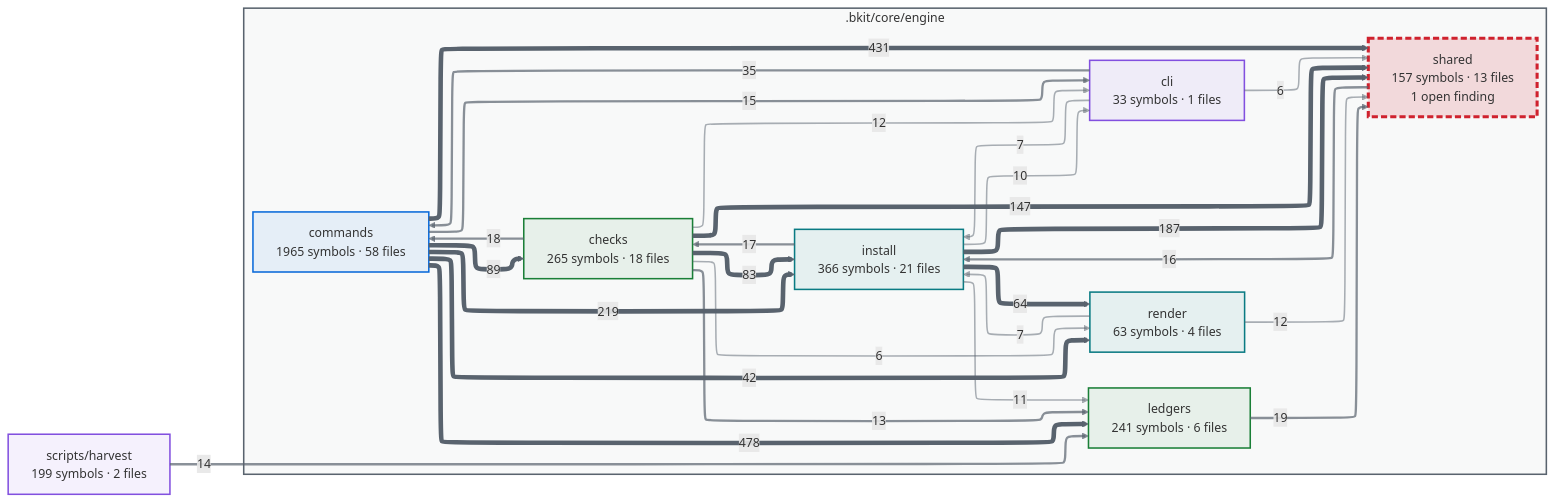
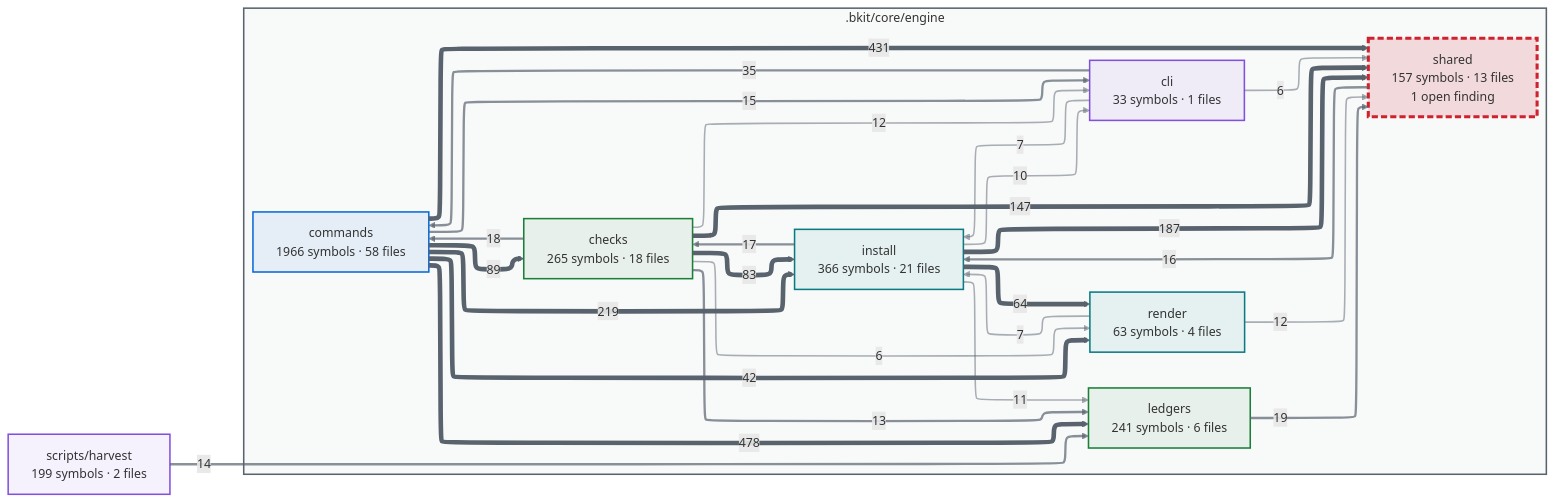
The first of 2 diagrams in docs/capabilities.md (cbartens/bkit), drawn with Mermaid before and after one commit. The commit also changed other lines of this file and 31 other files, not shown here.

````diff
--- a/docs/capabilities.md
+++ b/docs/capabilities.md
@@ -116,80 +116,80 @@
 ```mermaid
 ---
 config:
   layout: elk
   themeCSS: "marker { overflow: visible; } marker path { transform: scale(1.8); transform-origin: 5px 5px; }"
   flowchart:
     useMaxWidth: false
 ---
 flowchart LR
   %% Generated by bkit-graphify-rollup.py — do not edit
   subgraph gn_bkit_core_engine[".bkit/core/engine"]
     n_bkit_core_engine_checks["checks<br/>265 symbols · 18 files"]
     n_bkit_core_engine_cli["cli<br/>33 symbols · 1 files"]
-    n_bkit_core_engine_commands["commands<br/>1965 symbols · 58 files"]
+    n_bkit_core_engine_commands["commands<br/>1966 symbols · 58 files"]
     n_bkit_core_engine_install["install<br/>366 symbols · 21 files"]
     n_bkit_core_engine_ledgers["ledgers<br/>241 symbols · 6 files"]
     n_bkit_core_engine_render["render<br/>63 symbols · 4 files"]
     n_bkit_core_engine_shared["shared<br/>157 symbols · 13 files<br/>1 open finding"]
   end
   nscripts_harvest["scripts/harvest<br/>199 symbols · 2 files"]
   n_bkit_core_engine_commands -->|478| n_bkit_core_engine_ledgers
   n_bkit_core_engine_commands -->|431| n_bkit_core_engine_shared
   n_bkit_core_engine_commands -->|219| n_bkit_core_engine_install
   n_bkit_core_engine_install -->|187| n_bkit_core_engine_shared
   n_bkit_core_engine_checks -->|147| n_bkit_core_engine_shared
   n_bkit_core_engine_commands -->|89| n_bkit_core_engine_checks
   n_bkit_core_engine_checks -->|83| n_bkit_core_engine_install
   n_bkit_core_engine_install -->|64| n_bkit_core_engine_render
   n_bkit_core_engine_commands -->|42| n_bkit_core_engine_render
   n_bkit_core_engine_cli -->|35| n_bkit_core_engine_commands
   n_bkit_core_engine_ledgers -->|19| n_bkit_core_engine_shared
   n_bkit_core_engine_checks -->|18| n_bkit_core_engine_commands
   n_bkit_core_engine_install -->|17| n_bkit_core_engine_checks
   n_bkit_core_engine_shared -->|16| n_bkit_core_engine_install
   n_bkit_core_engine_commands -->|15| n_bkit_core_engine_cli
   nscripts_harvest -->|14| n_bkit_core_engine_ledgers
   n_bkit_core_engine_checks -->|13| n_bkit_core_engine_ledgers
   n_bkit_core_engine_checks -->|12| n_bkit_core_engine_cli
   n_bkit_core_engine_render -->|12| n_bkit_core_engine_shared
   n_bkit_core_engine_install -->|11| n_bkit_core_engine_ledgers
   n_bkit_core_engine_install -->|10| n_bkit_core_engine_cli
   n_bkit_core_engine_cli -->|7| n_bkit_core_engine_install
   n_bkit_core_engine_render -->|7| n_bkit_core_engine_install
   n_bkit_core_engine_checks -->|6| n_bkit_core_engine_render
   n_bkit_core_engine_cli -->|6| n_bkit_core_engine_shared
   style gn_bkit_core_engine fill:#59636e0a,stroke:#59636e,stroke-width:2px
   style n_bkit_core_engine_checks stroke:#1a7f37,stroke-width:2px,fill:#1a7f3714
   style n_bkit_core_engine_cli stroke:#8250df,stroke-width:2px,fill:#8250df14
   style n_bkit_core_engine_commands stroke:#0969da,stroke-width:2px,fill:#0969da14
   style n_bkit_core_engine_install stroke:#0a7b83,stroke-width:2px,fill:#0a7b8314
   style n_bkit_core_engine_ledgers stroke:#1a7f37,stroke-width:2px,fill:#1a7f3714
   style n_bkit_core_engine_render stroke:#0a7b83,stroke-width:2px,fill:#0a7b8314
   style n_bkit_core_engine_shared stroke:#cf222e,stroke-width:4px,stroke-dasharray:8 4,fill:#cf222e26
   style nscripts_harvest stroke:#8250df,stroke-width:2px,fill:#8250df14
   linkStyle 0 stroke:#59636e,stroke-width:6px
   linkStyle 1 stroke:#59636e,stroke-width:6px
   linkStyle 2 stroke:#59636e,stroke-width:6px
   linkStyle 3 stroke:#59636e,stroke-width:6px
   linkStyle 4 stroke:#59636e,stroke-width:6px
   linkStyle 5 stroke:#59636e,stroke-width:6px
   linkStyle 6 stroke:#59636e,stroke-width:6px
   linkStyle 7 stroke:#59636e,stroke-width:6px
   linkStyle 8 stroke:#59636e,stroke-width:6px
   linkStyle 9 stroke:#59636eb3,stroke-width:3px
   linkStyle 10 stroke:#59636eb3,stroke-width:3px
   linkStyle 11 stroke:#59636eb3,stroke-width:3px
   linkStyle 12 stroke:#59636eb3,stroke-width:3px
   linkStyle 13 stroke:#59636eb3,stroke-width:3px
   linkStyle 14 stroke:#59636eb3,stroke-width:3px
   linkStyle 15 stroke:#59636eb3,stroke-width:3px
   linkStyle 16 stroke:#59636eb3,stroke-width:3px
   linkStyle 17 stroke:#59636e80,stroke-width:2px
   linkStyle 18 stroke:#59636e80,stroke-width:2px
   linkStyle 19 stroke:#59636e80,stroke-width:2px
   linkStyle 20 stroke:#59636e80,stroke-width:2px
   linkStyle 21 stroke:#59636e80,stroke-width:2px
   linkStyle 22 stroke:#59636e80,stroke-width:2px
   linkStyle 23 stroke:#59636e80,stroke-width:2px
   linkStyle 24 stroke:#59636e80,stroke-width:2px
 ```
````
